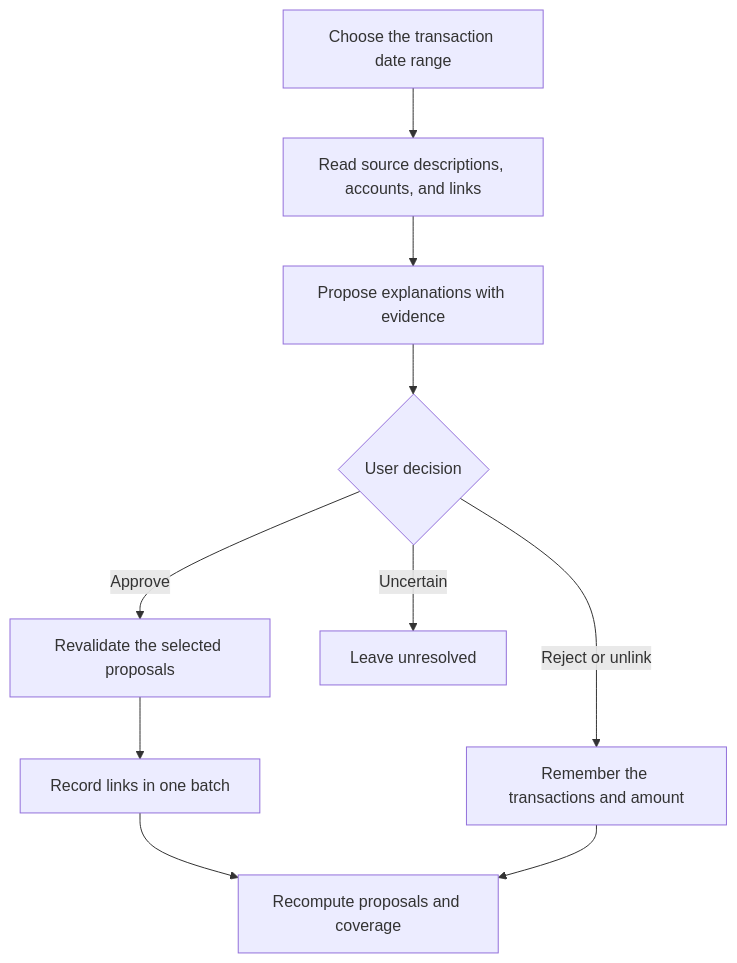
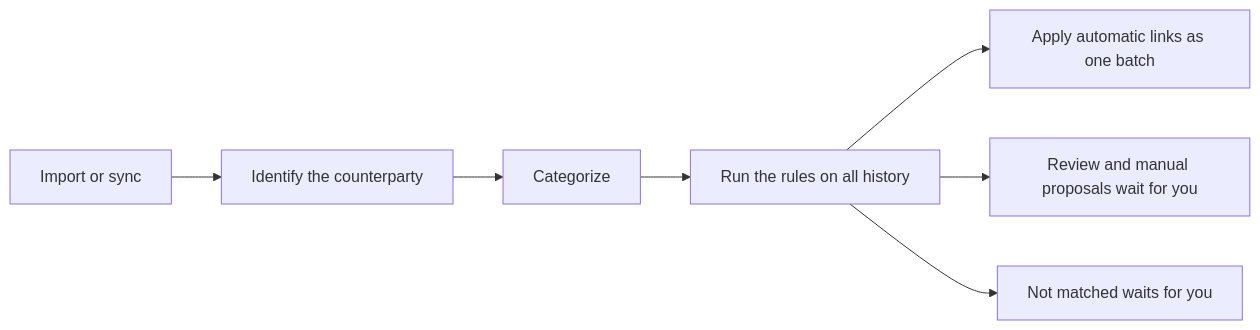
Before and after one commit to spinningyoyo/omsync: the second of 5 diagrams in docs/architecture/reconciliation.md, drawn with Mermaid. The commit also changed other lines of this file and 140 other files, not shown here.

First line of the commit message:
refactor: name the counterparty and each rule by its evidence

````diff
--- a/docs/architecture/reconciliation.md
+++ b/docs/architecture/reconciliation.md
@@ -37,12 +23,9 @@
 ```mermaid
-flowchart TD
-    Range[Choose the transaction date range] --> Evidence[Read source descriptions, accounts, and links]
-    Evidence --> Proposals[Propose explanations with evidence]
-    Proposals --> Decision{User decision}
-    Decision -->|Approve| Revalidate[Revalidate the selected proposals]
-    Revalidate --> Links[Record links in one batch]
-    Decision -->|Reject or unlink| Remember[Remember the transactions and amount]
-    Decision -->|Uncertain| Leave[Leave unresolved]
-    Links --> Rerun[Recompute proposals and coverage]
-    Remember --> Rerun
+flowchart LR
+    Import[Import or sync] --> Identify[Identify the counterparty]
+    Identify --> Categorize[Categorize]
+    Categorize --> Rules[Run the rules on all history]
+    Rules --> Auto[Apply automatic links as one batch]
+    Rules --> Review[Review and manual proposals wait for you]
+    Rules --> NotMatched[Not matched waits for you]
 ```
````
